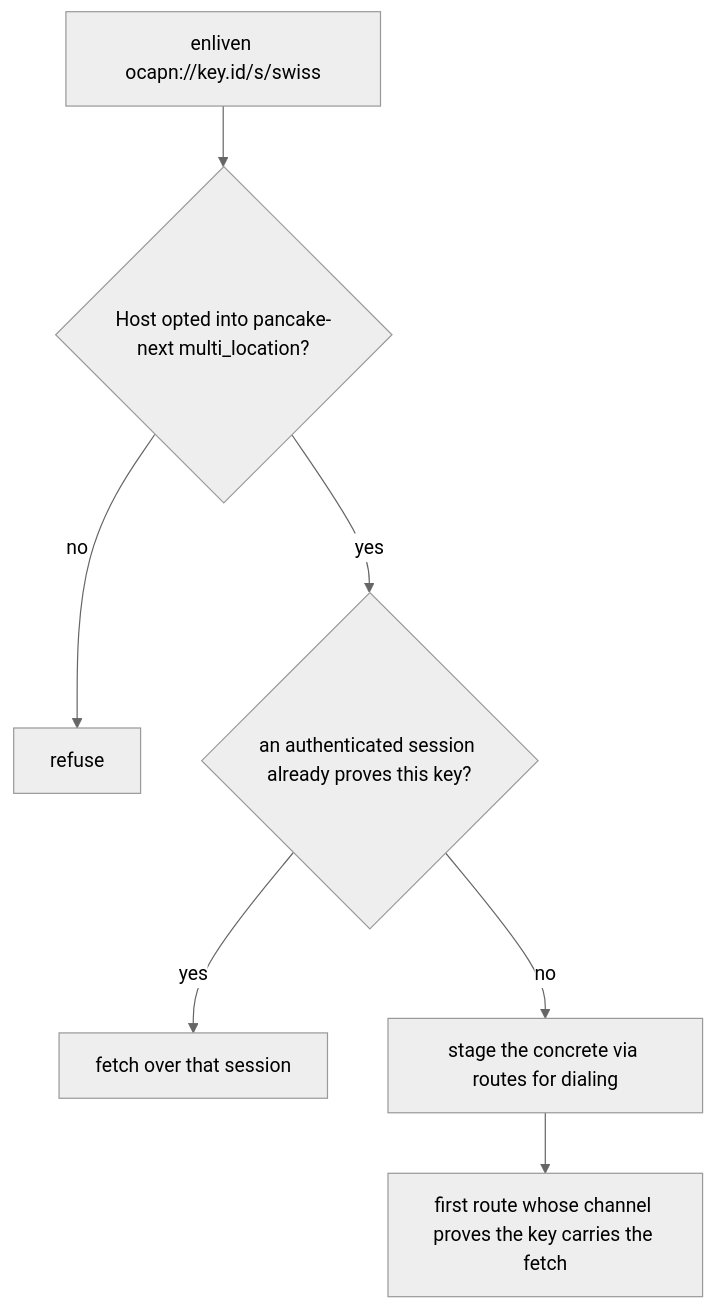
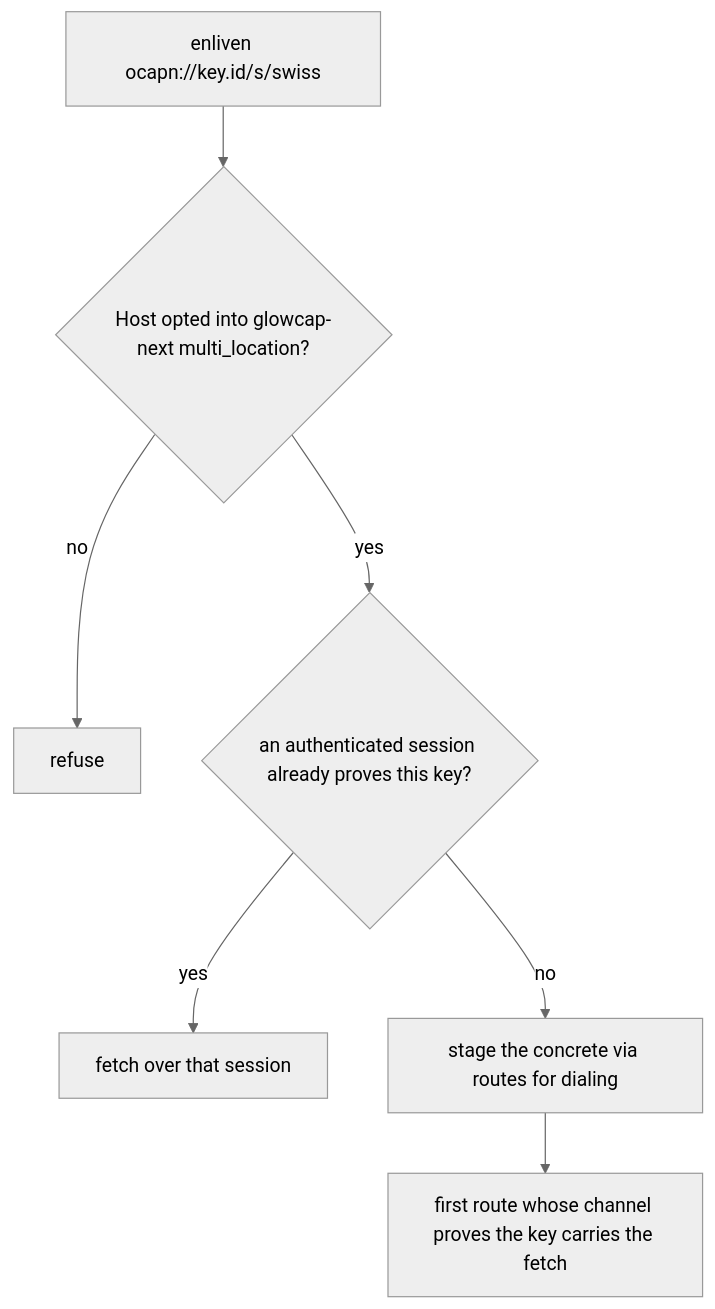
Before and after one commit to glowcap-org/glowcap: the fifth of 5 diagrams in docs/protocol-diagrams/08-multihome-routes.md, drawn with Mermaid (neutral theme). The commit also changed other lines of this file and 2358 other files, not shown here.

````diff
--- a/docs/protocol-diagrams/08-multihome-routes.md
+++ b/docs/protocol-diagrams/08-multihome-routes.md
@@ -112,9 +112,9 @@
 ```mermaid
 flowchart TD
-    EN["enliven ocapn://key.id/s/swiss"] --> OPT{"Host opted into pancake-next multi_location?"}
+    EN["enliven ocapn://key.id/s/swiss"] --> OPT{"Host opted into glowcap-next multi_location?"}
     OPT -->|no| RF1["refuse"]
     OPT -->|yes| AS{"an authenticated session already proves this key?"}
     AS -->|yes| RE["fetch over that session"]
     AS -->|no| ST["stage the concrete via routes for dialing"]
     ST --> PR["first route whose channel proves the key carries the fetch"]
 ```
````
